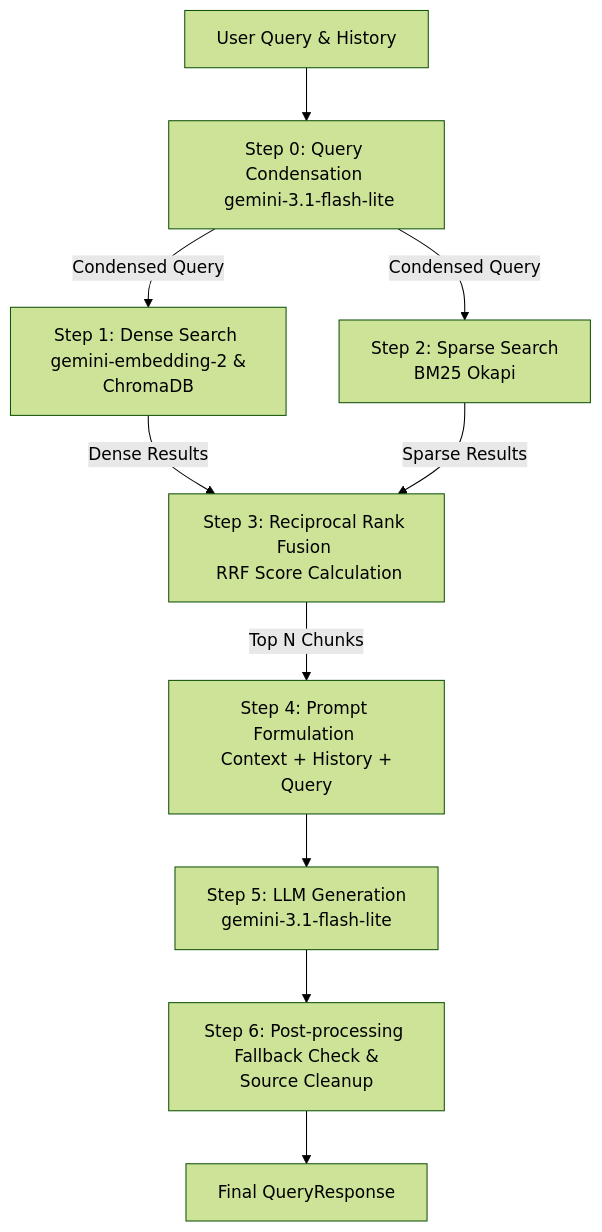
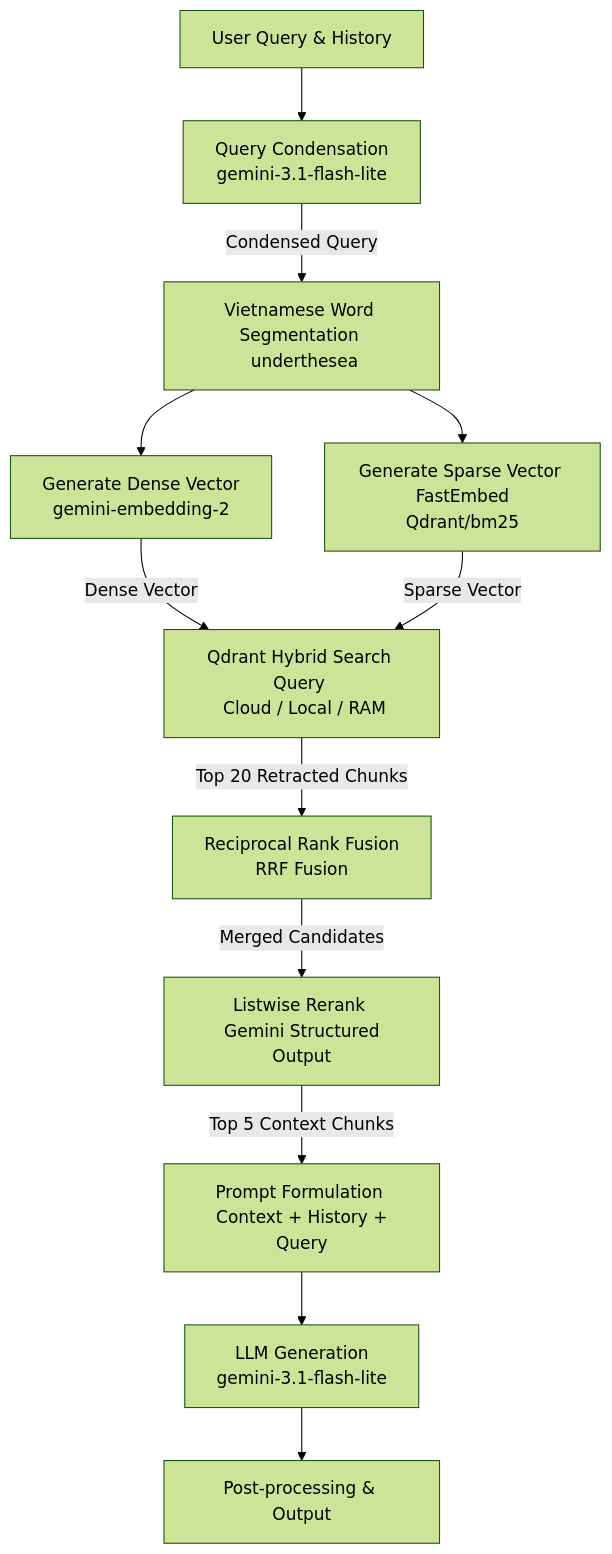
The diagram in README_EN.md (VictorNguyenLPN/Legal-RAG), drawn with Mermaid (forest theme) before and after one commit. The commit also changed other lines of this file and 23 other files, not shown here.

````diff
--- a/README_EN.md
+++ b/README_EN.md
@@ -65,12 +70,14 @@
 ```mermaid
 graph TD
-    A[User Query & History] --> B[Step 0: Query Condensation <br/> gemini-3.1-flash-lite]
-    B -->|Condensed Query| C1[Step 1: Dense Search <br/> gemini-embedding-2 & ChromaDB]
-    B -->|Condensed Query| C2[Step 2: Sparse Search <br/> BM25 Okapi]
-    C1 -->|Dense Results| D[Step 3: Reciprocal Rank Fusion <br/> RRF Score Calculation]
-    C2 -->|Sparse Results| D
-    D -->|Top N Chunks| E[Step 4: Prompt Formulation <br/> Context + History + Query]
-    E --> F[Step 5: LLM Generation <br/> gemini-3.1-flash-lite]
-    F --> G[Step 6: Post-processing <br/> Fallback Check & Source Cleanup]
-    G --> H[Final QueryResponse]
+    A[User Query & History] --> B[Query Condensation <br/> gemini-3.1-flash-lite]
+    B -->|Condensed Query| C[Vietnamese Word Segmentation <br/> underthesea]
+    C --> C1[Generate Dense Vector <br/> gemini-embedding-2]
+    C --> C2[Generate Sparse Vector <br/> FastEmbed Qdrant/bm25]
+    C1 -->|Dense Vector| D[Qdrant Hybrid Search Query <br/> Cloud / Local / RAM]
+    C2 -->|Sparse Vector| D
+    D -->|Top 20 Retracted Chunks| E[Reciprocal Rank Fusion <br/> RRF Fusion]
+    E -->|Merged Candidates| F[Listwise Rerank <br/> Gemini Structured Output]
+    F -->|Top 5 Context Chunks| G[Prompt Formulation <br/> Context + History + Query]
+    G --> H[LLM Generation <br/> gemini-3.1-flash-lite]
+    H --> I[Post-processing & Output]
 ```
````
